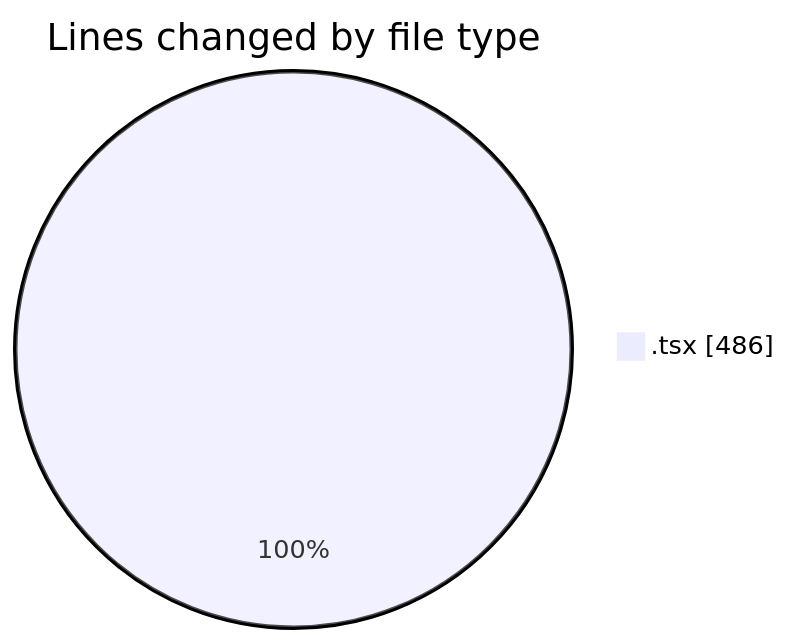
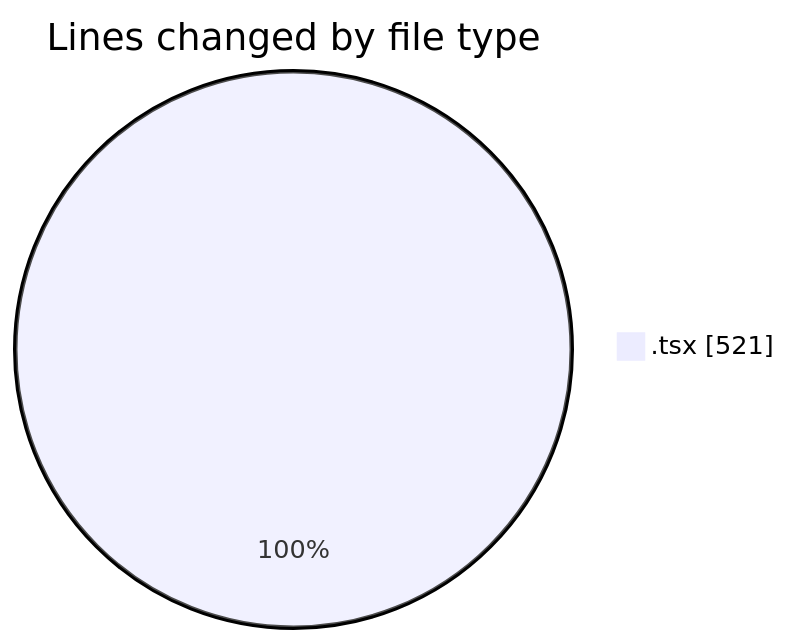
One commit to momahboobian/code-tracking changed the first of 2 diagrams in 2026-09-04/cda/README.md. Above: the diagram before and after it, drawn with Mermaid. The commit also changed other lines of this file and 1 other file, not shown here.

````diff
--- a/2026-09-04/cda/README.md
+++ b/2026-09-04/cda/README.md
@@ -21,5 +21,5 @@
 ```mermaid
 pie showData
 title Lines changed by file type
-".tsx" : 486
+".tsx" : 521
 ```
````
